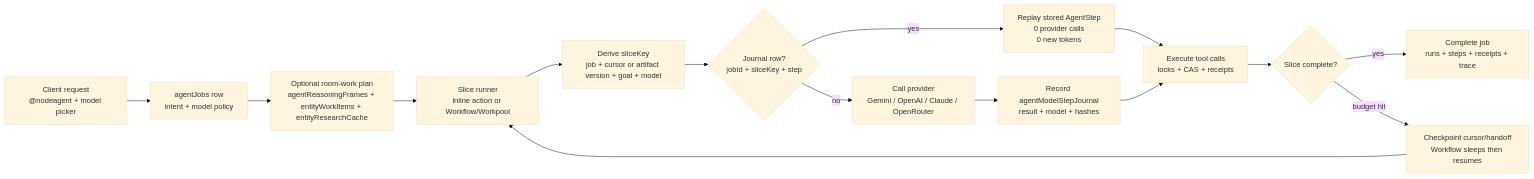
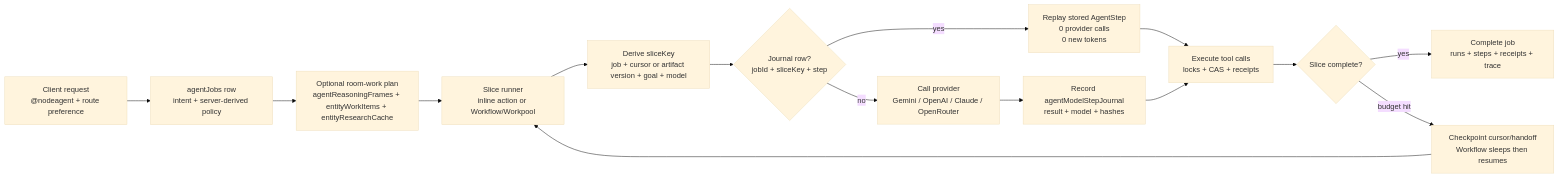
One commit to HomenShum/NodeRoom changed the first of 4 diagrams in README.md. Above: the diagram before and after it, drawn with Mermaid (base theme). The commit also changed other lines of this file and 5 other files, not shown here.

````diff
--- a/README.md
+++ b/README.md
@@ -888,17 +932,17 @@
 ```mermaid
 flowchart LR
-  A["Client request<br/>@nodeagent + model picker"] --> B["agentJobs row<br/>intent + model policy"]
+  A["Client request<br/>@nodeagent + route preference"] --> B["agentJobs row<br/>intent + server-derived policy"]
   B --> C0["Optional room-work plan<br/>agentReasoningFrames + entityWorkItems + entityResearchCache"]
   C0 --> C["Slice runner<br/>inline action or Workflow/Workpool"]
   C --> D["Derive sliceKey<br/>job + cursor or artifact version + goal + model"]
   D --> E{"Journal row?<br/>jobId + sliceKey + step"}
   E -- "yes" --> F["Replay stored AgentStep<br/>0 provider calls<br/>0 new tokens"]
   E -- "no" --> G["Call provider<br/>Gemini / OpenAI / Claude / OpenRouter"]
   G --> H["Record agentModelStepJournal<br/>result + model + hashes"]
   F --> I["Execute tool calls<br/>locks + CAS + receipts"]
   H --> I
   I --> J{"Slice complete?"}
   J -- "yes" --> K["Complete job<br/>runs + steps + receipts + trace"]
   J -- "budget hit" --> L["Checkpoint cursor/handoff<br/>Workflow sleeps then resumes"]
   L --> C
 ```
````
